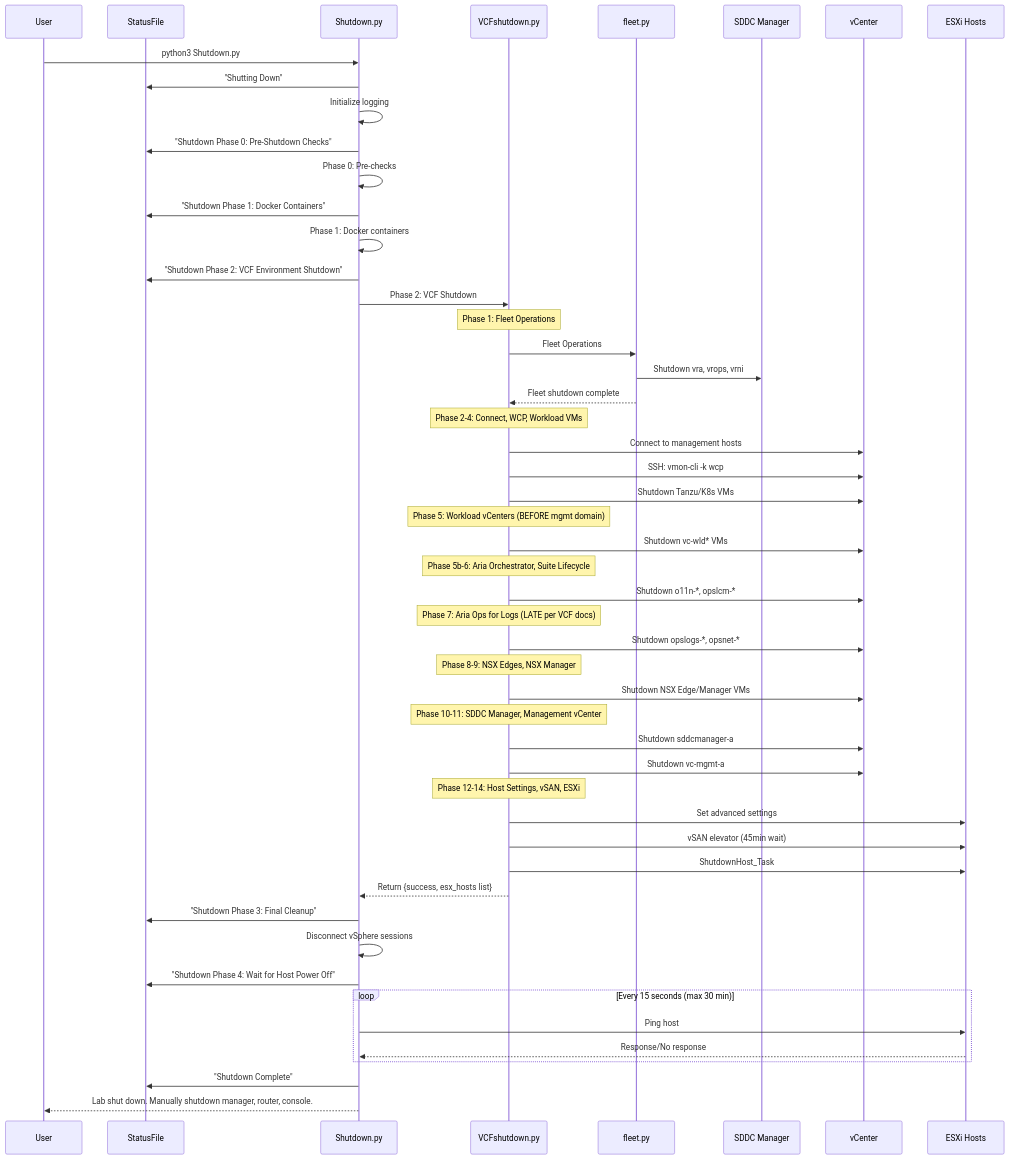
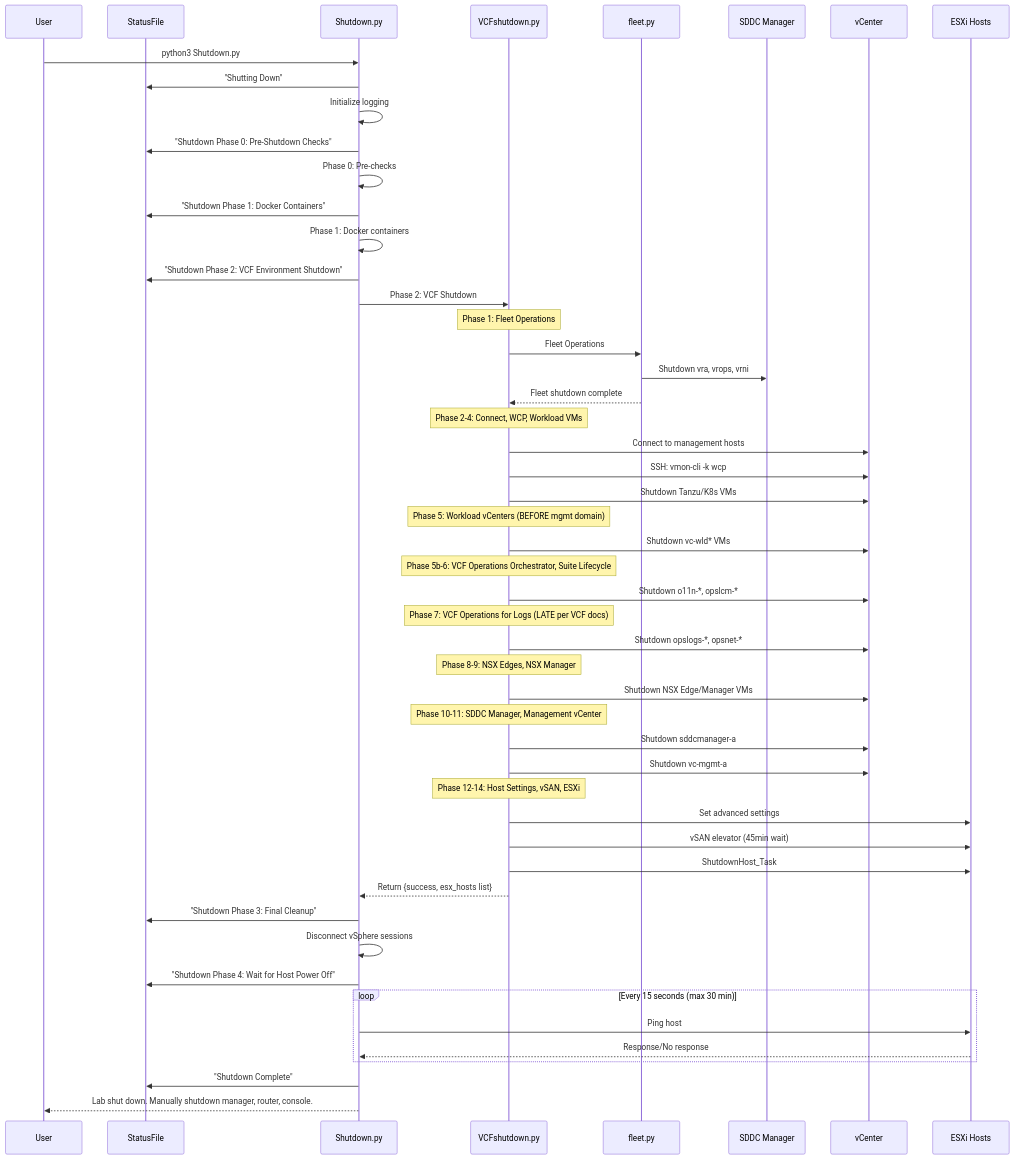
Before and after one commit to Broadcom/HOLFY27-MGR-HOLUSER: the fifth of 5 diagrams in Shutdown/README.md, drawn with Mermaid. The commit also changed other lines of this file and 55 other files, not shown here.

First line of the commit message:
Refactor override structure and rename Aria to VCF 9 product names

````diff
--- a/Shutdown/README.md
+++ b/Shutdown/README.md
@@ -347,68 +347,68 @@
 ```mermaid
 sequenceDiagram
     participant User
     participant StatusFile
     participant Shutdown.py
     participant VCFshutdown.py
     participant fleet.py
     participant SDDC Manager
     participant vCenter
     participant ESXi Hosts
 
     User->>Shutdown.py: python3 Shutdown.py
     Shutdown.py->>StatusFile: "Shutting Down"
     Shutdown.py->>Shutdown.py: Initialize logging
     Shutdown.py->>StatusFile: "Shutdown Phase 0: Pre-Shutdown Checks"
     Shutdown.py->>Shutdown.py: Phase 0: Pre-checks
     Shutdown.py->>StatusFile: "Shutdown Phase 1: Docker Containers"
     Shutdown.py->>Shutdown.py: Phase 1: Docker containers
     
     Shutdown.py->>StatusFile: "Shutdown Phase 2: VCF Environment Shutdown"
     Shutdown.py->>VCFshutdown.py: Phase 2: VCF Shutdown
     
     Note over VCFshutdown.py: Phase 1: Fleet Operations
     VCFshutdown.py->>fleet.py: Fleet Operations
     fleet.py->>SDDC Manager: Shutdown vra, vrops, vrni
     fleet.py-->>VCFshutdown.py: Fleet shutdown complete
     
     Note over VCFshutdown.py: Phase 2-4: Connect, WCP, Workload VMs
     VCFshutdown.py->>vCenter: Connect to management hosts
     VCFshutdown.py->>vCenter: SSH: vmon-cli -k wcp
     VCFshutdown.py->>vCenter: Shutdown Tanzu/K8s VMs
     
     Note over VCFshutdown.py: Phase 5: Workload vCenters (BEFORE mgmt domain)
     VCFshutdown.py->>vCenter: Shutdown vc-wld* VMs
     
-    Note over VCFshutdown.py: Phase 5b-6: Aria Orchestrator, Suite Lifecycle
+    Note over VCFshutdown.py: Phase 5b-6: VCF Operations Orchestrator, Suite Lifecycle
     VCFshutdown.py->>vCenter: Shutdown o11n-*, opslcm-*
     
-    Note over VCFshutdown.py: Phase 7: Aria Ops for Logs (LATE per VCF docs)
+    Note over VCFshutdown.py: Phase 7: VCF Operations for Logs (LATE per VCF docs)
     VCFshutdown.py->>vCenter: Shutdown opslogs-*, opsnet-*
     
     Note over VCFshutdown.py: Phase 8-9: NSX Edges, NSX Manager
     VCFshutdown.py->>vCenter: Shutdown NSX Edge/Manager VMs
     
     Note over VCFshutdown.py: Phase 10-11: SDDC Manager, Management vCenter
     VCFshutdown.py->>vCenter: Shutdown sddcmanager-a
     VCFshutdown.py->>vCenter: Shutdown vc-mgmt-a
     
     Note over VCFshutdown.py: Phase 12-14: Host Settings, vSAN, ESXi
     VCFshutdown.py->>ESXi Hosts: Set advanced settings
     VCFshutdown.py->>ESXi Hosts: vSAN elevator (45min wait)
     VCFshutdown.py->>ESXi Hosts: ShutdownHost_Task
     
     VCFshutdown.py-->>Shutdown.py: Return {success, esx_hosts list}
     
     Shutdown.py->>StatusFile: "Shutdown Phase 3: Final Cleanup"
     Shutdown.py->>Shutdown.py: Disconnect vSphere sessions
     
     Shutdown.py->>StatusFile: "Shutdown Phase 4: Wait for Host Power Off"
     
     loop Every 15 seconds (max 30 min)
         Shutdown.py->>ESXi Hosts: Ping host
         ESXi Hosts-->>Shutdown.py: Response/No response
     end
     
     Shutdown.py->>StatusFile: "Shutdown Complete"
     Shutdown.py-->>User: Lab shut down. Manually shutdown manager, router, console.
 ```
````
